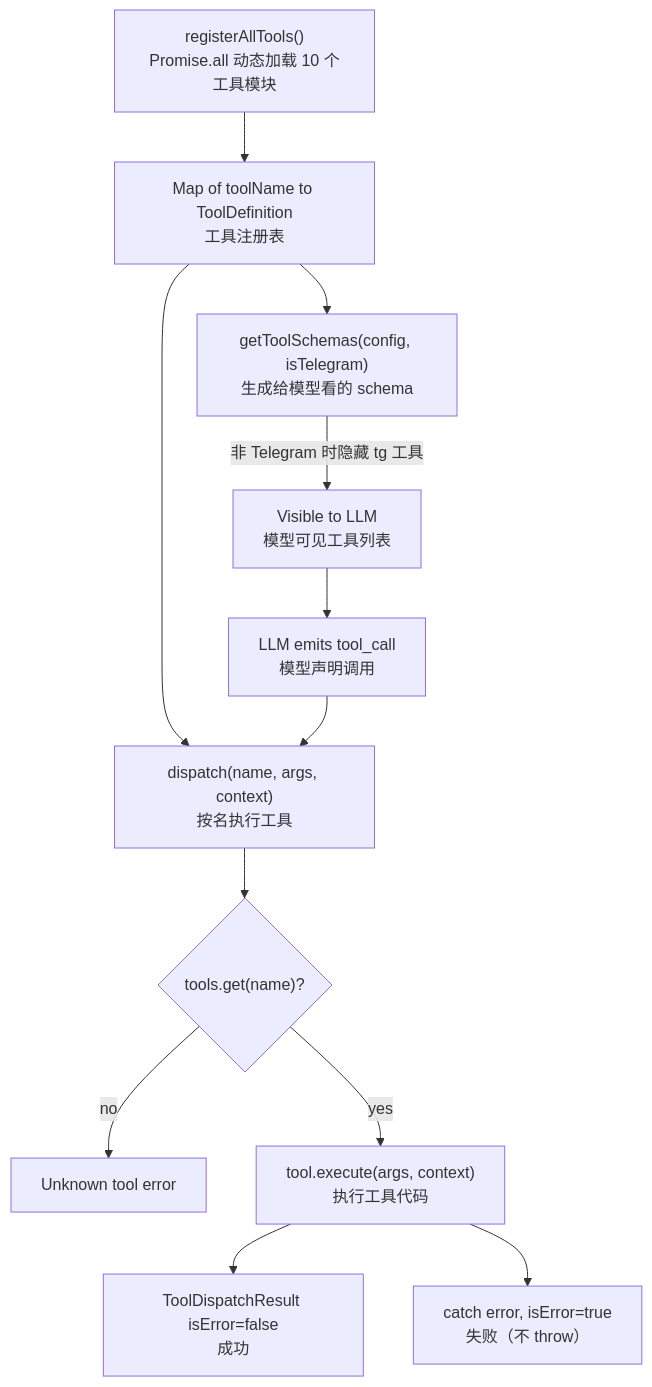
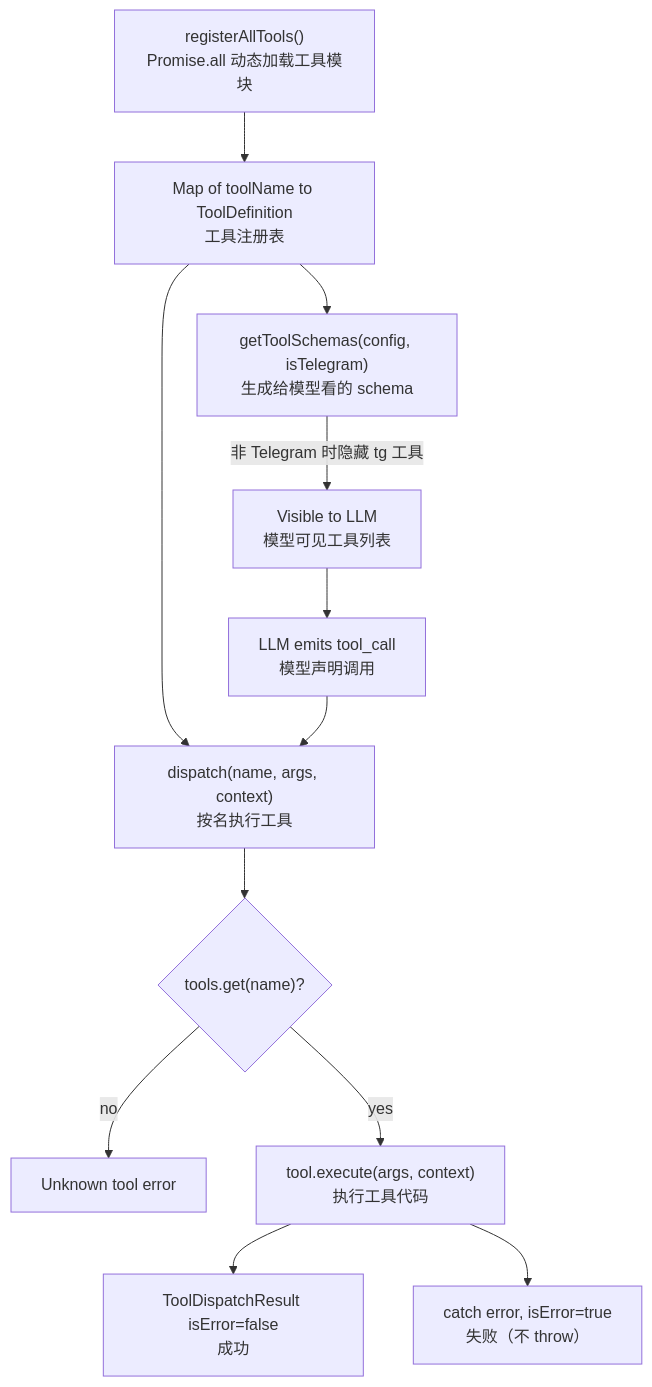
The sixth of 13 diagrams in docs/architecture-diagrams.md (boltguo/anya), drawn with Mermaid before and after one commit. The commit also changed other lines of this file and 17 other files, not shown here.

````diff
--- a/docs/architecture-diagrams.md
+++ b/docs/architecture-diagrams.md
@@ -213,17 +213,17 @@
 ```mermaid
 flowchart TD
-  IMPORTS["registerAllTools()\nPromise.all 动态加载 10 个工具模块"] --> REG["Map of toolName to ToolDefinition\n工具注册表"]
+  IMPORTS["registerAllTools()\nPromise.all 动态加载工具模块"] --> REG["Map of toolName to ToolDefinition\n工具注册表"]
 
   REG --> SCHEMAS["getToolSchemas(config, isTelegram)\n生成给模型看的 schema"]
   REG --> EXEC["dispatch(name, args, context)\n按名执行工具"]
 
   SCHEMAS -->|"非 Telegram 时隐藏 tg 工具"| MODEL["Visible to LLM\n模型可见工具列表"]
   MODEL --> CALL["LLM emits tool_call\n模型声明调用"]
   CALL --> EXEC
 
   EXEC --> FOUND{"tools.get(name)?"}
   FOUND -->|no| ERR1["Unknown tool error"]
   FOUND -->|yes| RUN["tool.execute(args, context)\n执行工具代码"]
   RUN --> OK["ToolDispatchResult isError=false\n成功"]
   RUN --> FAIL["catch error, isError=true\n失败（不 throw）"]
 ```
````
